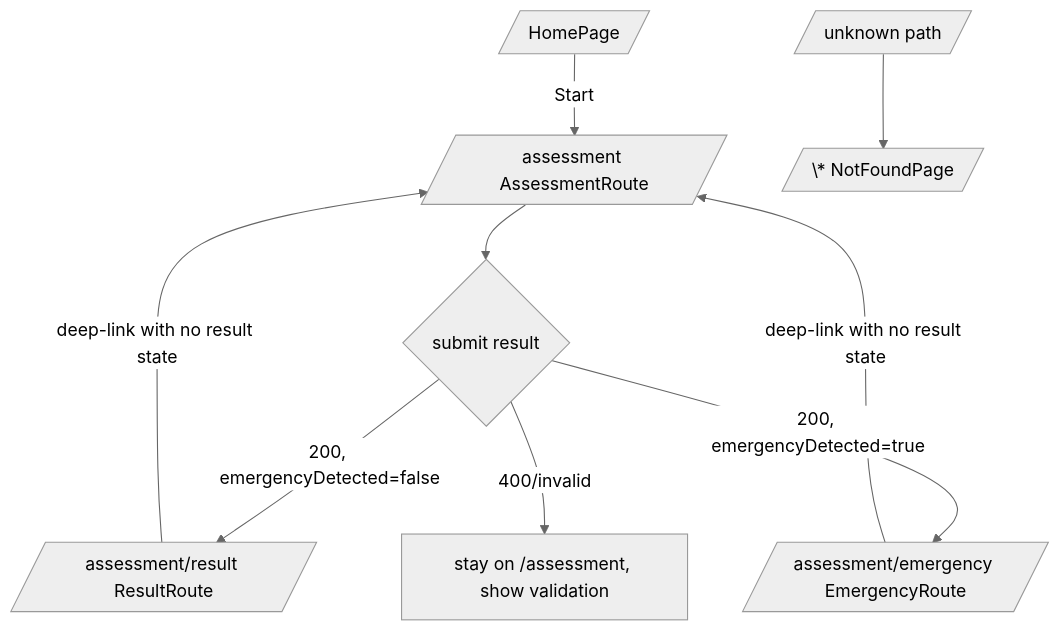
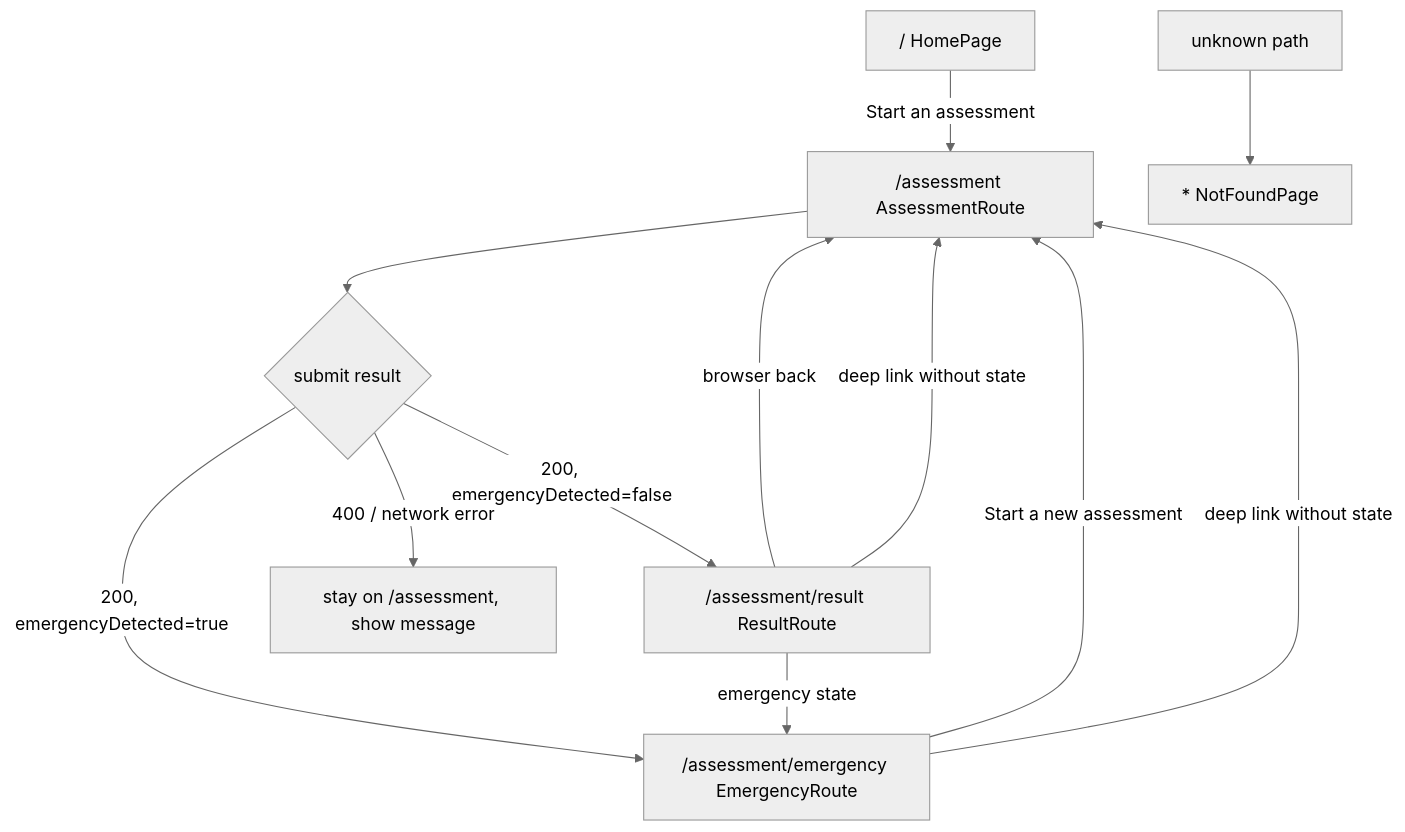
One commit to Disease-Prediction-ASET26/disease-prediction-docs changed the diagram in docs/mdd/iteration4/routing_flow.mmd. Above: the diagram before and after it, drawn with Mermaid (neutral theme). The commit also changed 14 other files, not shown here.

First line of the commit message:
docs(mdd): add implemented Iteration 3 and 4 diagrams from the frontend repo

```diff
--- a/docs/mdd/iteration4/routing_flow.mmd
+++ b/docs/mdd/iteration4/routing_flow.mmd
@@ -1,11 +1,14 @@
 %% MDD Iteration 4 - Behavioural model: navigation flow
 %% Render: VS Code Mermaid preview, IntelliJ, or https://mermaid.live
 flowchart TD
-    H[/ HomePage/] -->|Start| A[/assessment AssessmentRoute/]
+    H["/ HomePage"] -->|Start an assessment| A["/assessment AssessmentRoute"]
     A --> S{submit result}
-    S -->|200, emergencyDetected=false| R[/assessment/result ResultRoute/]
-    S -->|200, emergencyDetected=true| E[/assessment/emergency EmergencyRoute/]
-    S -->|400/invalid| A2[stay on /assessment, show validation]
-    R -->|deep-link with no result state| A
-    E -->|deep-link with no result state| A
-    X[/unknown path/] --> NF[/\* NotFoundPage/]
+    S -->|200, emergencyDetected=false| R["/assessment/result ResultRoute"]
+    S -->|200, emergencyDetected=true| E["/assessment/emergency EmergencyRoute"]
+    S -->|400 / network error| A2[stay on /assessment, show message]
+    R -->|emergency state| E
+    E -->|Start a new assessment| A
+    R -->|browser back| A
+    R -->|deep link without state| A
+    E -->|deep link without state| A
+    X[unknown path] --> NF["* NotFoundPage"]
```
